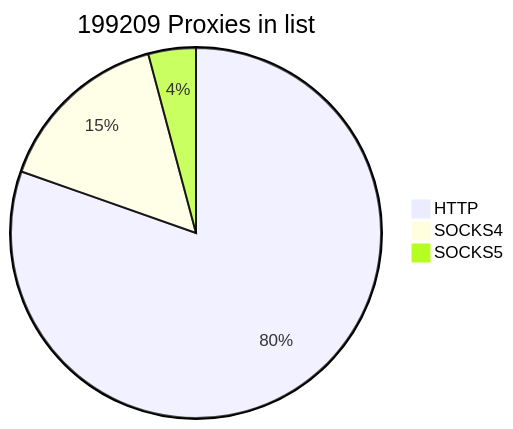
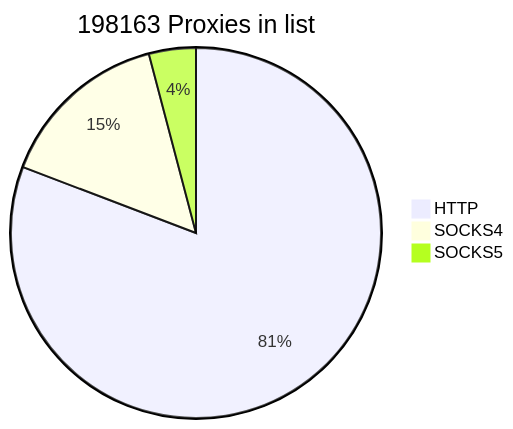
The first of 2 diagrams in README.md (cutipu/proxylist), drawn with Mermaid before and after one commit. The commit also changed other lines of this file, not shown here.

````diff
--- a/README.md
+++ b/README.md
@@ -2,7 +2,7 @@
 ```mermaid
-pie title 199209 Proxies in list
-    "HTTP" : 160143
-    "SOCKS4" : 30803
-    "SOCKS5" : 8263
+pie title 198163 Proxies in list
+    "HTTP" : 160099
+    "SOCKS4" : 29942
+    "SOCKS5" : 8122
             
 ```
````
